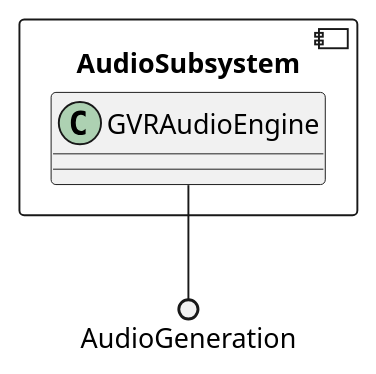
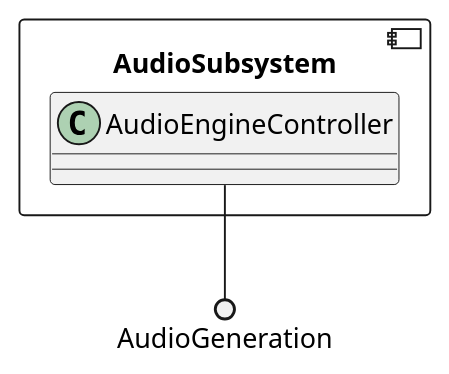
One commit to kpp19920121/doc changed the ninth of 20 diagrams in 设计/软件架构文档.md. Above: the diagram before and after it, drawn with PlantUML. The commit also changed other lines of this file and 1 other file, not shown here.

````diff
--- a/设计/软件架构文档.md
+++ b/设计/软件架构文档.md
@@ -423,10 +412,10 @@
 ```PlantUML
 @startuml Diagrams/AudioSubsystemClassDiagram
 component AudioSubsystem {
-    class GVRAudioEngine {
+    class AudioEngineController {
 
     }
 }
-GVRAudioEngine --() AudioGeneration
+AudioEngineController --() AudioGeneration
 @enduml
 ```
````
